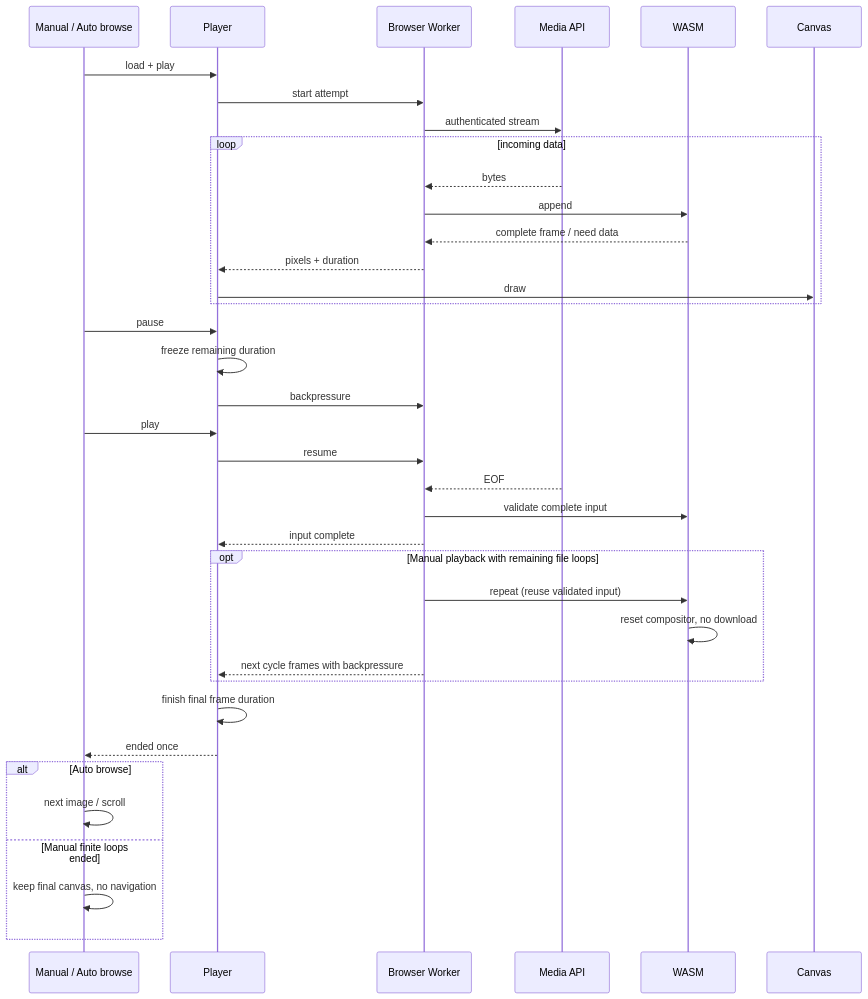
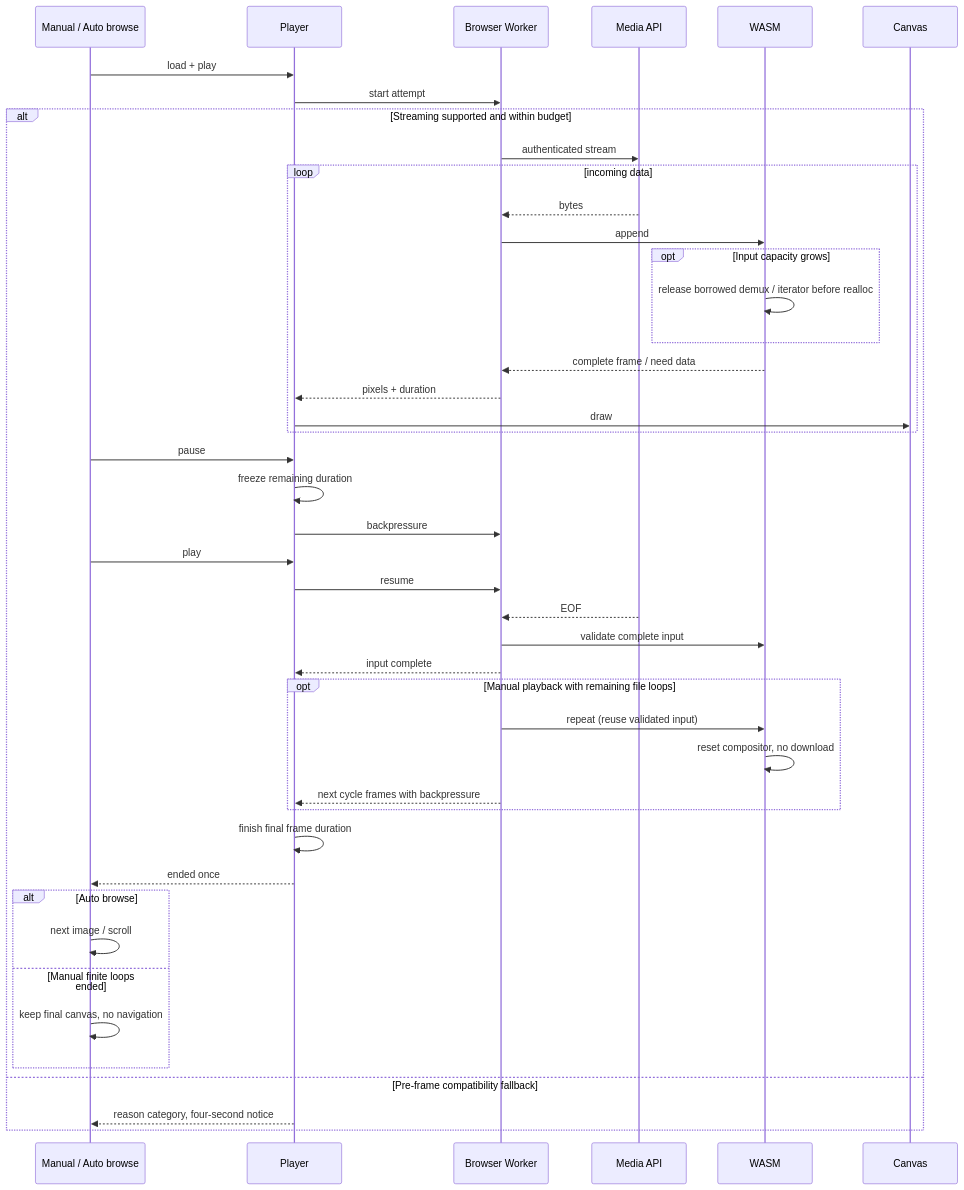
The diagram in docs/design/diagrams/webp-streaming-player/sequence.mmd (namehu/PixiShelf), drawn with Mermaid before and after one commit. The commit also changed 24 other files, not shown here.

```diff
--- a/docs/design/diagrams/webp-streaming-player/sequence.mmd
+++ b/docs/design/diagrams/webp-streaming-player/sequence.mmd
@@ -1,37 +1,44 @@
 sequenceDiagram
     participant A as Manual / Auto browse
     participant P as Player
     participant W as Browser Worker
     participant M as Media API
     participant D as WASM
     participant C as Canvas
     A->>P: load + play
     P->>W: start attempt
+    alt Streaming supported and within budget
     W->>M: authenticated stream
     loop incoming data
         M-->>W: bytes
         W->>D: append
+        opt Input capacity grows
+            D->>D: release borrowed demux / iterator before realloc
+        end
         D-->>W: complete frame / need data
         W-->>P: pixels + duration
         P->>C: draw
     end
     A->>P: pause
     P->>P: freeze remaining duration
     P->>W: backpressure
     A->>P: play
     P->>W: resume
     M-->>W: EOF
     W->>D: validate complete input
     W-->>P: input complete
     opt Manual playback with remaining file loops
         W->>D: repeat (reuse validated input)
         D->>D: reset compositor, no download
         W-->>P: next cycle frames with backpressure
     end
     P->>P: finish final frame duration
     P-->>A: ended once
     alt Auto browse
         A->>A: next image / scroll
     else Manual finite loops ended
         A->>A: keep final canvas, no navigation
     end
+    else Pre-frame compatibility fallback
+        P-->>A: reason category, four-second notice
+    end
```
